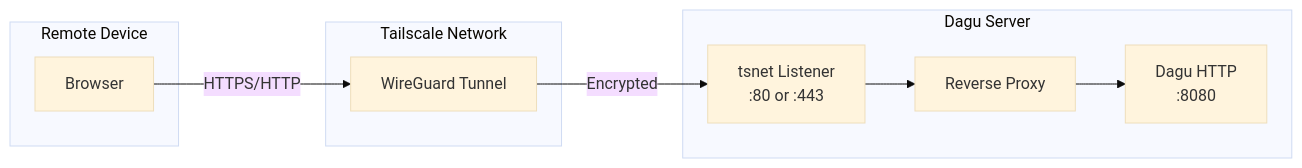
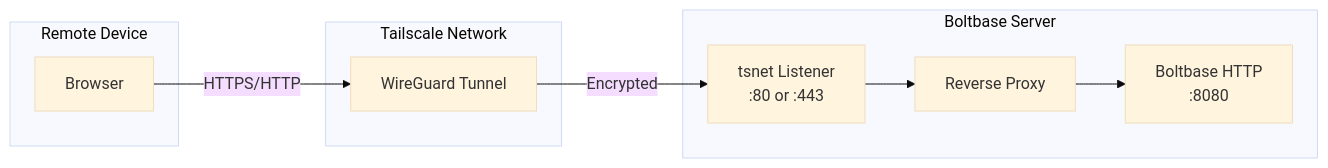
One commit to dohq/dagu-docs changed the diagram in configurations/tunnel.md. Above: the diagram before and after it, drawn with Mermaid (base theme). The commit also changed other lines of this file and 88 other files, not shown here.

````diff
--- a/configurations/tunnel.md
+++ b/configurations/tunnel.md
@@ -7,21 +7,21 @@
 ```mermaid
 graph LR
     subgraph Remote["Remote Device"]
         B[Browser]
     end
 
     subgraph Tailnet["Tailscale Network"]
         WG[WireGuard Tunnel]
     end
 
-    subgraph Server["Dagu Server"]
+    subgraph Server["Boltbase Server"]
         TS[tsnet Listener<br/>:80 or :443]
         RP[Reverse Proxy]
-        DS[Dagu HTTP<br/>:8080]
+        DS[Boltbase HTTP<br/>:8080]
     end
 
     B -->|HTTPS/HTTP| WG
     WG -->|Encrypted| TS
     TS --> RP
     RP --> DS
 ```
````
